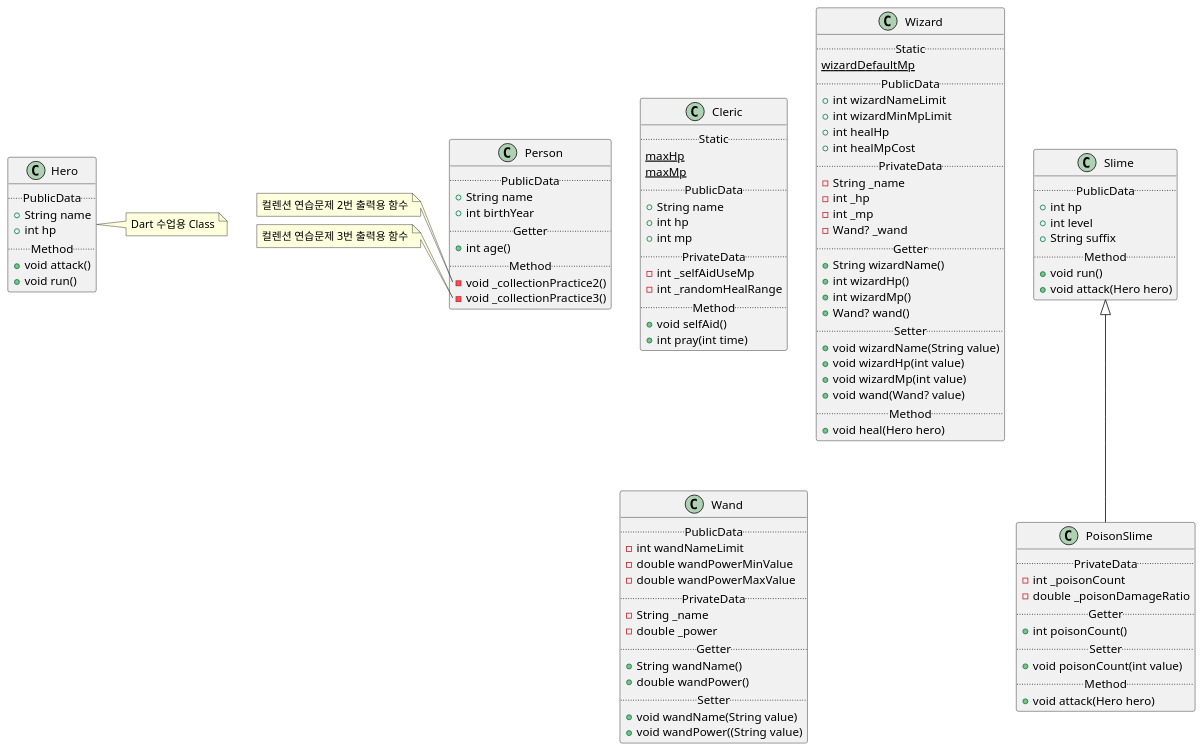
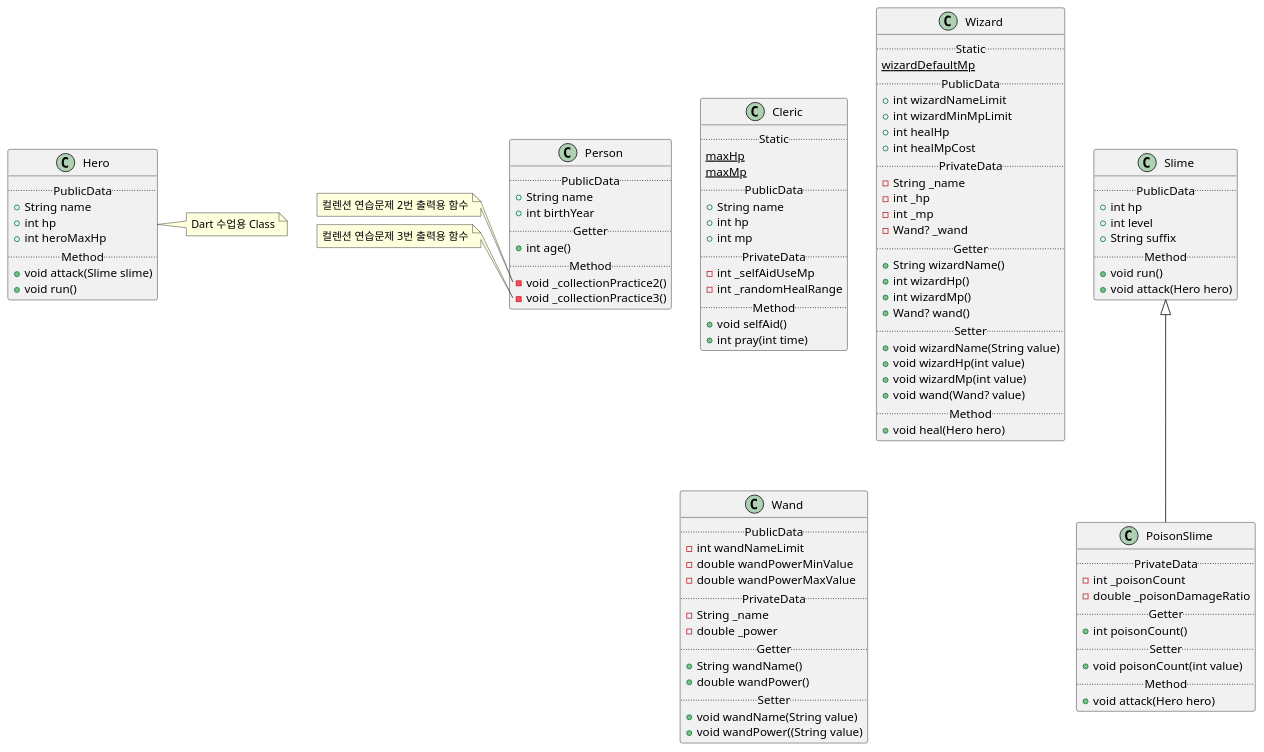
The diagram in lib/game.puml (SurvivalCodingCampus/sesac7_dart_study), drawn with PlantUML before and after one commit.

Commit message:
docs: game uml Hero Class heroMaxHp 변수 추가 및 attack 메서드 파라미터 수정

```diff
--- a/lib/game.puml
+++ b/lib/game.puml
@@ -1,113 +1,114 @@
 @startuml
 scale 1
 class Cleric {
     ..Static..
     {static} maxHp
     {static} maxMp
     ..PublicData..
     +String name
     +int hp
     +int mp
     ..PrivateData..
     -int _selfAidUseMp
     -int _randomHealRange
     ..Method..
     +void selfAid()
     +int pray(int time)
 }
 
 class Hero {
     ..PublicData..
     +String name
     +int hp
+    +int heroMaxHp
     ..Method..
-    +void attack()
+    +void attack(Slime slime)
     +void run()
 }
 
 class Wizard {
     ..Static..
     {static}wizardDefaultMp
     ..PublicData..
     +int wizardNameLimit
     +int wizardMinMpLimit
     +int healHp
     +int healMpCost
     ..PrivateData..
     -String _name
     -int _hp
     -int _mp
     -Wand? _wand
     ..Getter..
     +String wizardName()
     +int wizardHp()
     +int wizardMp()
     +Wand? wand()
     ..Setter..
     +void wizardName(String value)
     +void wizardHp(int value)
     +void wizardMp(int value)
     +void wand(Wand? value)
     ..Method..
     +void heal(Hero hero)
 }
 
 class Wand {
     ..PublicData..
     -int wandNameLimit
     -double wandPowerMinValue
     -double wandPowerMaxValue
     ..PrivateData..
     -String _name
     -double _power
     ..Getter..
     +String wandName()
     +double wandPower()
     ..Setter..
     +void wandName(String value)
     +void wandPower((String value)
 }
 
 class Person {
     ..PublicData..
     +String name
     +int birthYear
     ..Getter..
     +int age()
     ..Method..
     -void _collectionPractice2()
     -void _collectionPractice3()
 }
 
 class Slime {
     ..PublicData..
     +int hp
     +int level
     +String suffix
     ..Method..
     +void run()
     +void attack(Hero hero)
 }
 
 class PoisonSlime extends Slime {
     ..PrivateData..
     -int _poisonCount
     -double _poisonDamageRatio
     ..Getter..
     +int poisonCount()
     ..Setter..
     +void poisonCount(int value)
     ..Method..
     +void attack(Hero hero)
 }
 
 note right of Hero
     Dart 수업용 Class
 end note
 note left of Person::_collectionPractice2
     컬렌션 연습문제 2번 출력용 함수
 end note
 note left of Person::_collectionPractice3
     컬렌션 연습문제 3번 출력용 함수
 end note
 @enduml
```
